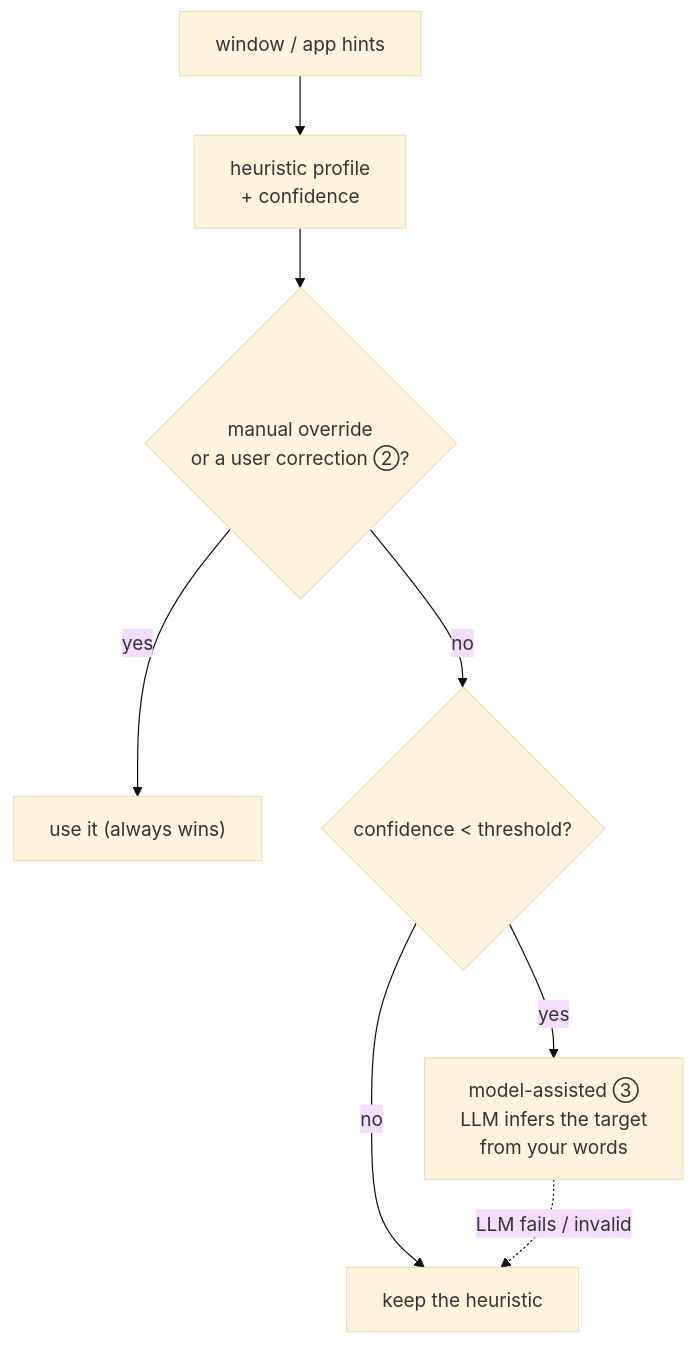
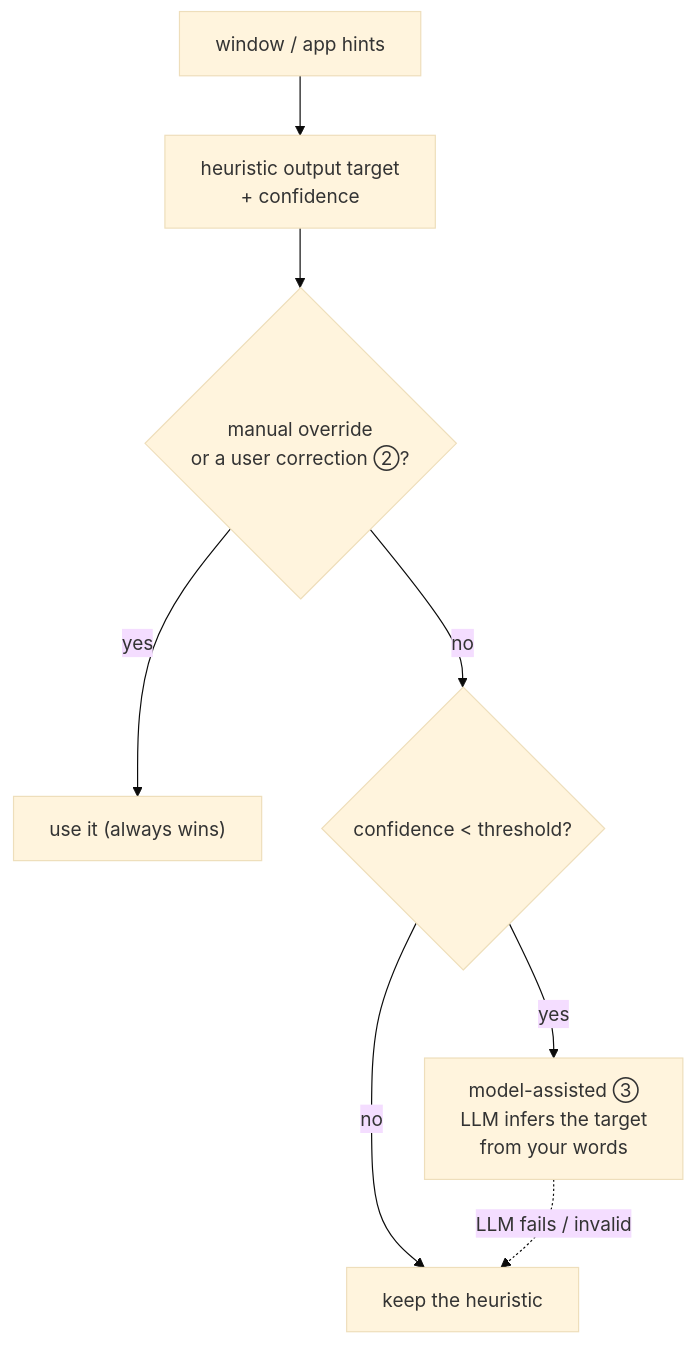
Before and after one commit to karolswdev/HoldSpeak: the second of 2 diagrams in docs/DICTATION_COPILOT.md, drawn with Mermaid (base theme). The commit also changed other lines of this file and 194 other files, not shown here.

````diff
--- a/docs/DICTATION_COPILOT.md
+++ b/docs/DICTATION_COPILOT.md
@@ -109,10 +109,10 @@
 ```mermaid
 flowchart TD
-    T1["window / app hints"] --> T2["heuristic profile<br/>+ confidence"]
+    T1["window / app hints"] --> T2["heuristic output target<br/>+ confidence"]
     T2 --> T3{"manual override<br/>or a user correction ②?"}
     T3 -- yes --> TW["use it (always wins)"]
     T3 -- no --> T4{"confidence &lt; threshold?"}
     T4 -- no --> TH["keep the heuristic"]
     T4 -- yes --> T5["model-assisted ③<br/>LLM infers the target<br/>from your words"]
     T5 -.->|"LLM fails / invalid"| TH
 ```
````
